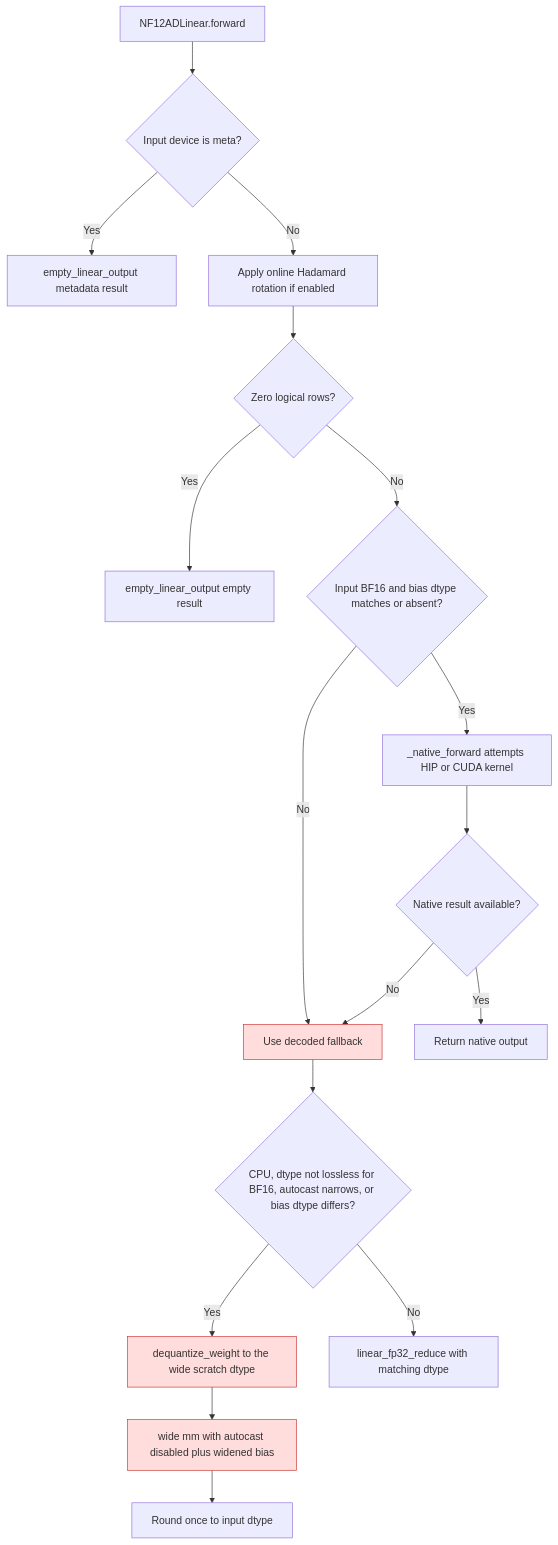
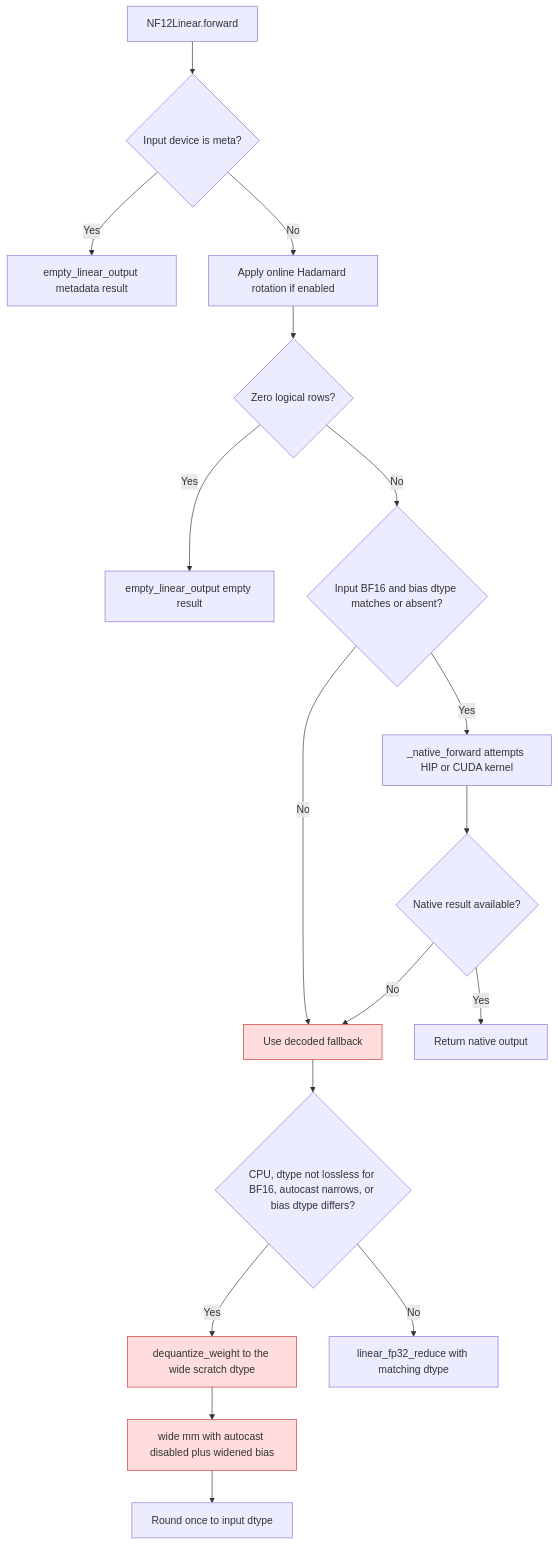
Before and after one commit to ModelCloud/GPTQModel: the diagram in docs/nf12-bias-epilogue.md, drawn with Mermaid. The commit also changed other lines of this file and 115 other files, not shown here.

````diff
--- a/docs/nf12-bias-epilogue.md
+++ b/docs/nf12-bias-epilogue.md
@@ -19,21 +19,21 @@
 ```mermaid
 flowchart TD
-    A["NF12ADLinear.forward"] --> M{"Input device is meta?"}
+    A["NF12Linear.forward"] --> M{"Input device is meta?"}
     M -- Yes --> M1["empty_linear_output metadata result"]
     M -- No --> R["Apply online Hadamard rotation if enabled"]
     R --> Z{"Zero logical rows?"}
     Z -- Yes --> Z1["empty_linear_output empty result"]
     Z -- No --> B{"Input BF16 and bias dtype matches or absent?"}
     B -- Yes --> C["_native_forward attempts HIP or CUDA kernel"]
     B -- No --> D["Use decoded fallback"]
     C --> E{"Native result available?"}
     E -- Yes --> F["Return native output"]
     E -- No --> D
     D --> G{"CPU, dtype not lossless for BF16, autocast narrows, or bias dtype differs?"}
     G -- Yes --> H["dequantize_weight to the wide scratch dtype"]
     H --> I["wide mm with autocast disabled plus widened bias"]
     I --> J["Round once to input dtype"]
     G -- No --> K["linear_fp32_reduce with matching dtype"]
     classDef fail fill:#fdd,stroke:#c33
     class D,H,I fail
 ```
````
